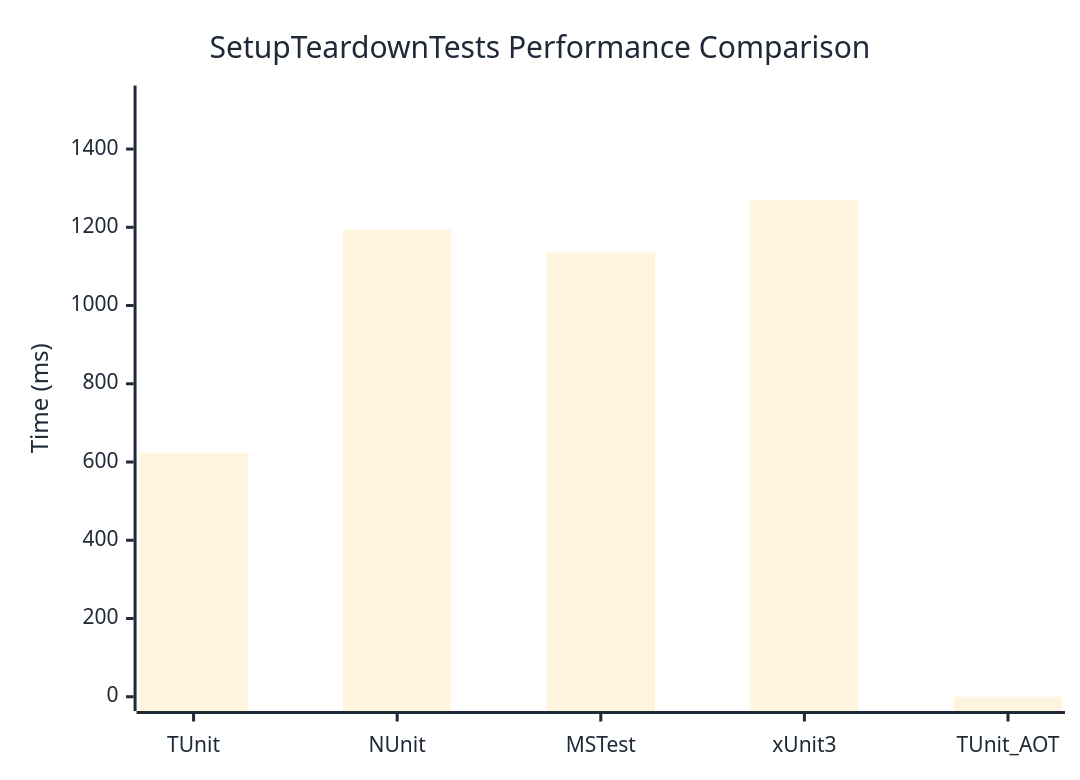
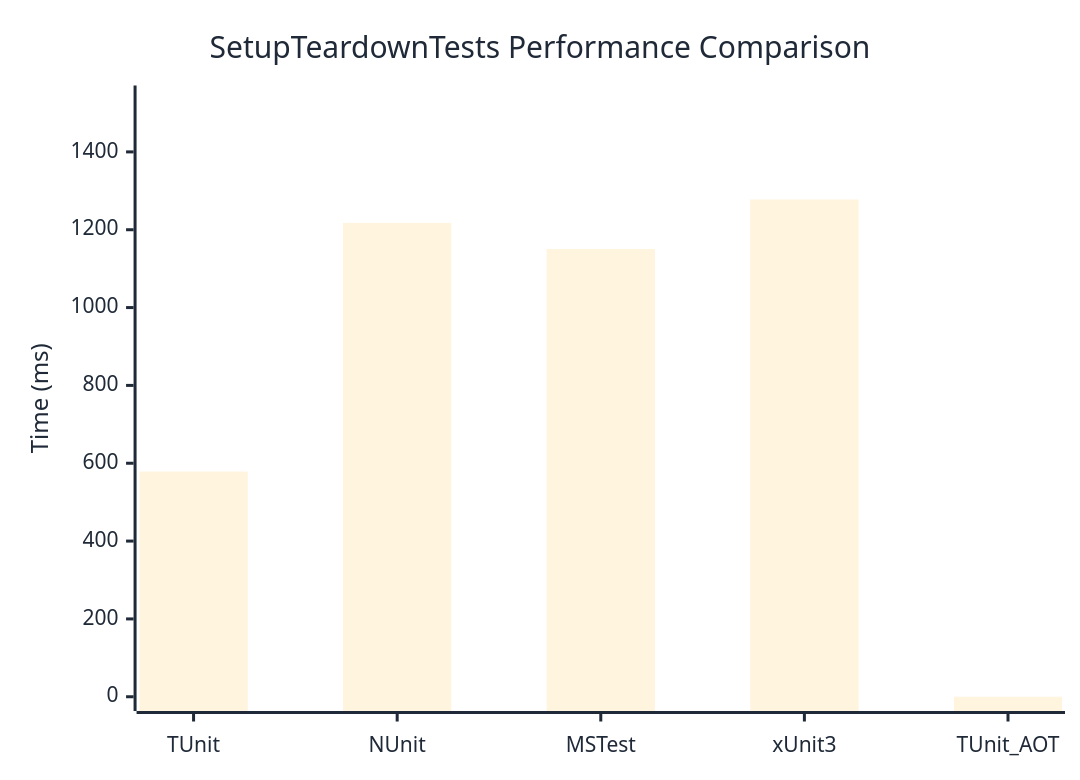
Before and after one commit to thomhurst/TUnit: the diagram in docs/docs/benchmarks/SetupTeardownTests.md, drawn with Mermaid. The commit also changed other lines of this file and 17 other files, not shown here.

````diff
--- a/docs/docs/benchmarks/SetupTeardownTests.md
+++ b/docs/docs/benchmarks/SetupTeardownTests.md
@@ -27,37 +27,37 @@
 ```mermaid
 %%{init: {
   'theme':'base',
   'themeVariables': {
     'primaryColor': '#2563eb',
     'primaryTextColor': '#1f2937',
     'primaryBorderColor': '#1e40af',
     'lineColor': '#6b7280',
     'secondaryColor': '#7c3aed',
     'tertiaryColor': '#dc2626',
     'background': '#ffffff',
     'mainBkg': '#2563eb',
     'secondBkg': '#7c3aed',
     'tertiaryBkg': '#dc2626',
     'clusterBkg': '#f3f4f6',
     'edgeLabelBackground': '#ffffff',
     'tertiaryTextColor': '#1f2937',
     'pie1': '#2563eb',
     'pie2': '#7c3aed',
     'pie3': '#dc2626',
     'pie4': '#f59e0b',
     'pie5': '#10b981',
     'pie6': '#06b6d4',
     'pie7': '#ec4899',
     'pie8': '#6366f1',
     'pie9': '#84cc16',
     'pie10': '#f97316',
     'pie11': '#14b8a6',
     'pie12': '#a855f7'
   }
 }}%%
 xychart-beta
   title "SetupTeardownTests Performance Comparison"
   x-axis ["TUnit", "NUnit", "MSTest", "xUnit3", "TUnit_AOT"]
-  y-axis "Time (ms)" 0 --> 1526
-  bar [623.7, 1193.7, 1135.5, 1270.9, 0]
+  y-axis "Time (ms)" 0 --> 1534
+  bar [578.6, 1217.7, 1150.5, 1277.7, 0]
 ```
````
